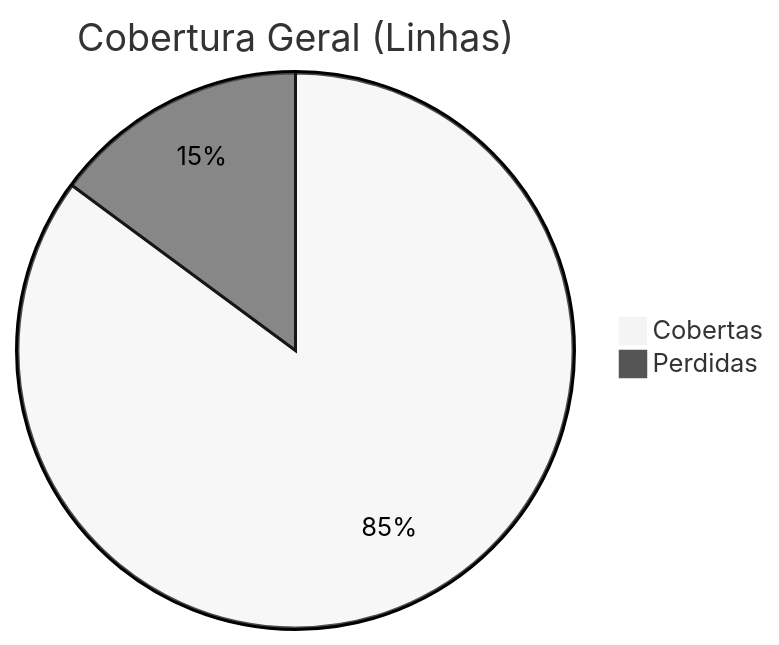
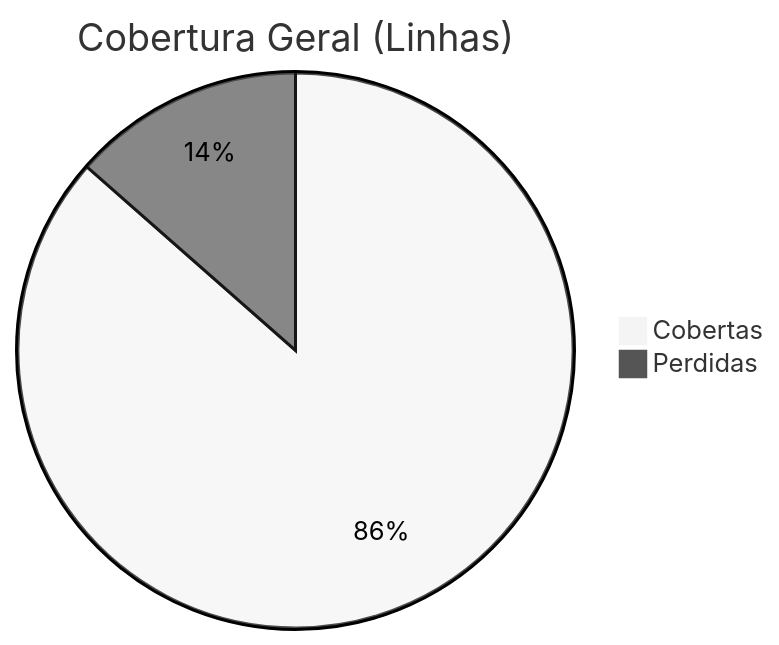
The diagram in pug-service/tests/coverage_report.md (Plataforma-Universidade-Gratuita/pug-docs), drawn with Mermaid (neutral theme) before and after one commit. The commit also changed other lines of this file and 15 other files, not shown here.

````diff
--- a/pug-service/tests/coverage_report.md
+++ b/pug-service/tests/coverage_report.md
@@ -68,5 +68,5 @@
 ```mermaid
 pie title Cobertura Geral (Linhas)
-    "Cobertas" : 4076
-    "Perdidas" : 712
+    "Cobertas" : 4744
+    "Perdidas" : 741
 ```
````
